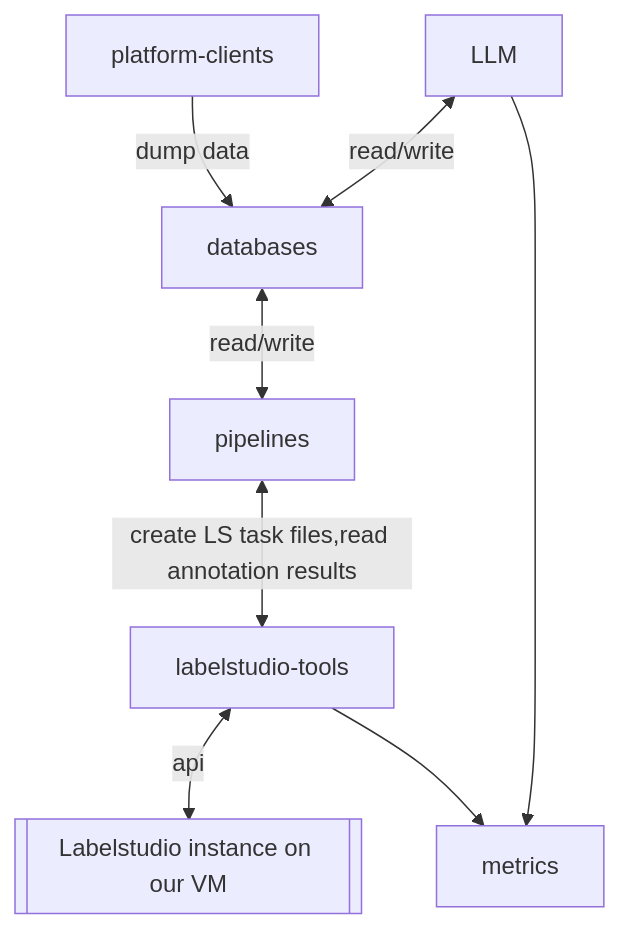
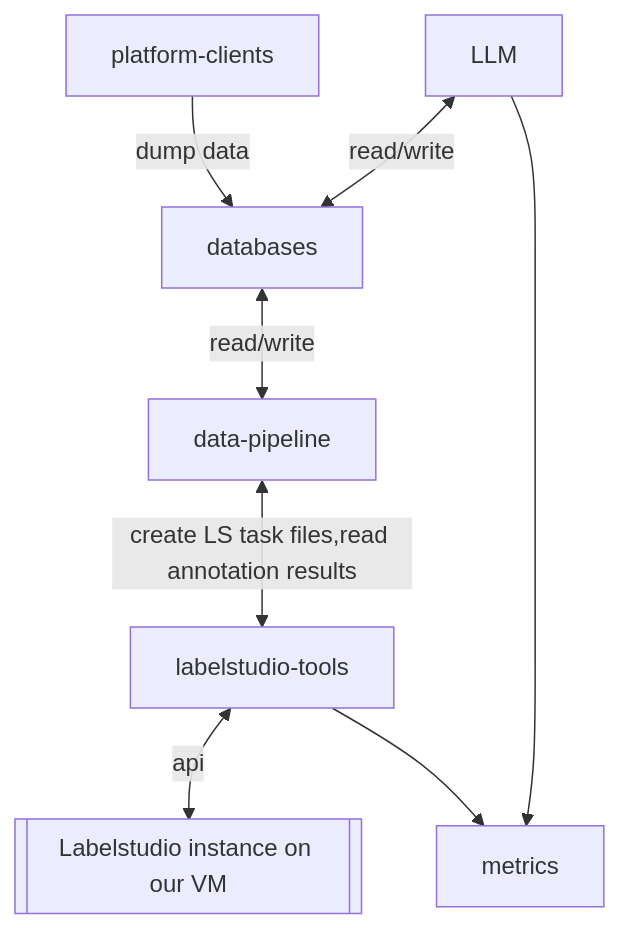
One commit to ERC-BIG-5/documentation changed the diagram in README.md. Above: the diagram before and after it, drawn with Mermaid.

Commit message:
Update README.md
update pipeline

````diff
--- a/README.md
+++ b/README.md
@@ -7,11 +7,11 @@
 ``` mermaid
 graph
 
 platform-clients -- dump data--> databases
-databases <-- read/write --> pipelines
+databases <-- read/write --> data-pipeline
 LLM <-- read/write --> databases
-pipelines <-- "create LS task files,read annotation results" --> labelstudio-tools
+data-pipeline <-- "create LS task files,read annotation results" --> labelstudio-tools
 labelstudio-tools <-- api --> Labelstudio[[Labelstudio instance on our VM]]
 LLM --> metrics
 labelstudio-tools --> metrics
 ```
````
